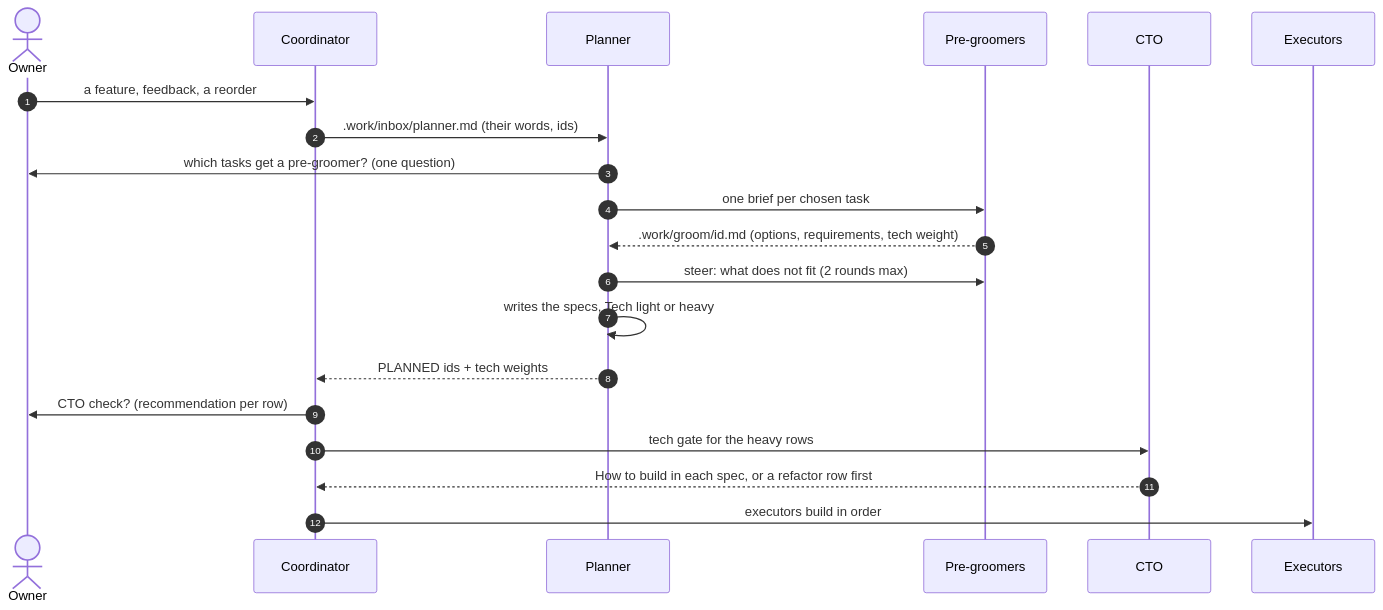
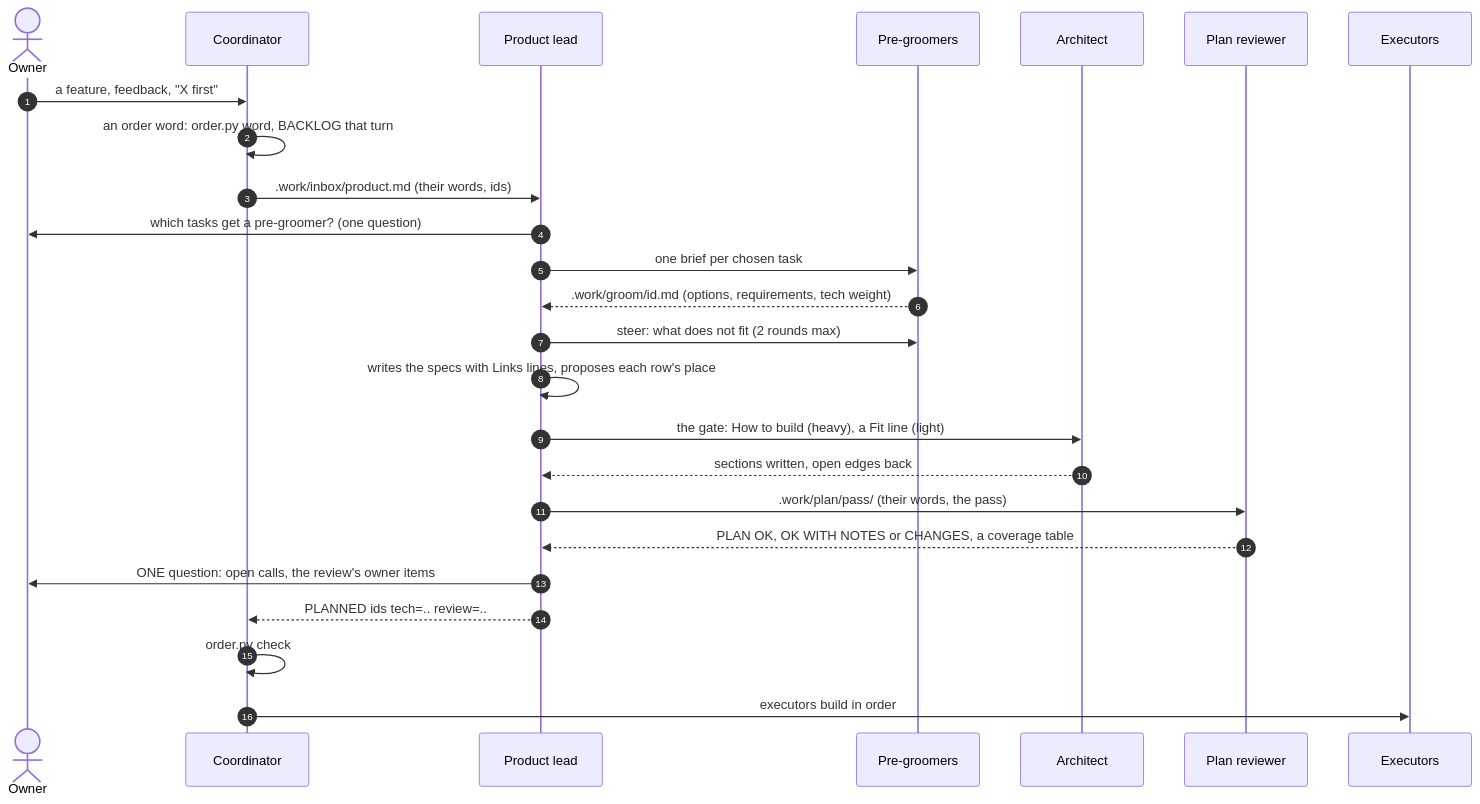
The second of 8 diagrams in README.md (Squikle/vibecode.md), drawn with Mermaid before and after one commit. The commit also changed other lines of this file and 2 other files, not shown here.

````diff
--- a/README.md
+++ b/README.md
@@ -35,22 +38,27 @@
 ```mermaid
 sequenceDiagram
   autonumber
   actor M as Owner
   participant C as Coordinator
-  participant P as Planner
+  participant P as Product lead
   participant G as Pre-groomers
-  participant T as CTO
+  participant A as Architect
+  participant R as Plan reviewer
   participant E as Executors
-  M->>C: a feature, feedback, a reorder
-  C->>P: .work/inbox/planner.md (their words, ids)
+  M->>C: a feature, feedback, "X first"
+  C->>C: an order word: order.py word, BACKLOG that turn
+  C->>P: .work/inbox/product.md (their words, ids)
   P->>M: which tasks get a pre-groomer? (one question)
   P->>G: one brief per chosen task
   G-->>P: .work/groom/id.md (options, requirements, tech weight)
   P->>G: steer: what does not fit (2 rounds max)
-  P->>P: writes the specs, Tech light or heavy
-  P-->>C: PLANNED ids + tech weights
-  C->>M: CTO check? (recommendation per row)
-  C->>T: tech gate for the heavy rows
-  T-->>C: How to build in each spec, or a refactor row first
+  P->>P: writes the specs with Links lines, proposes each row's place
+  P->>A: the gate: How to build (heavy), a Fit line (light)
+  A-->>P: sections written, open edges back
+  P->>R: .work/plan/pass/ (their words, the pass)
+  R-->>P: PLAN OK, OK WITH NOTES or CHANGES, a coverage table
+  P->>M: ONE question: open calls, the review's owner items
+  P-->>C: PLANNED ids tech=.. review=..
+  C->>C: order.py check
   C->>E: executors build in order
 ```
````
